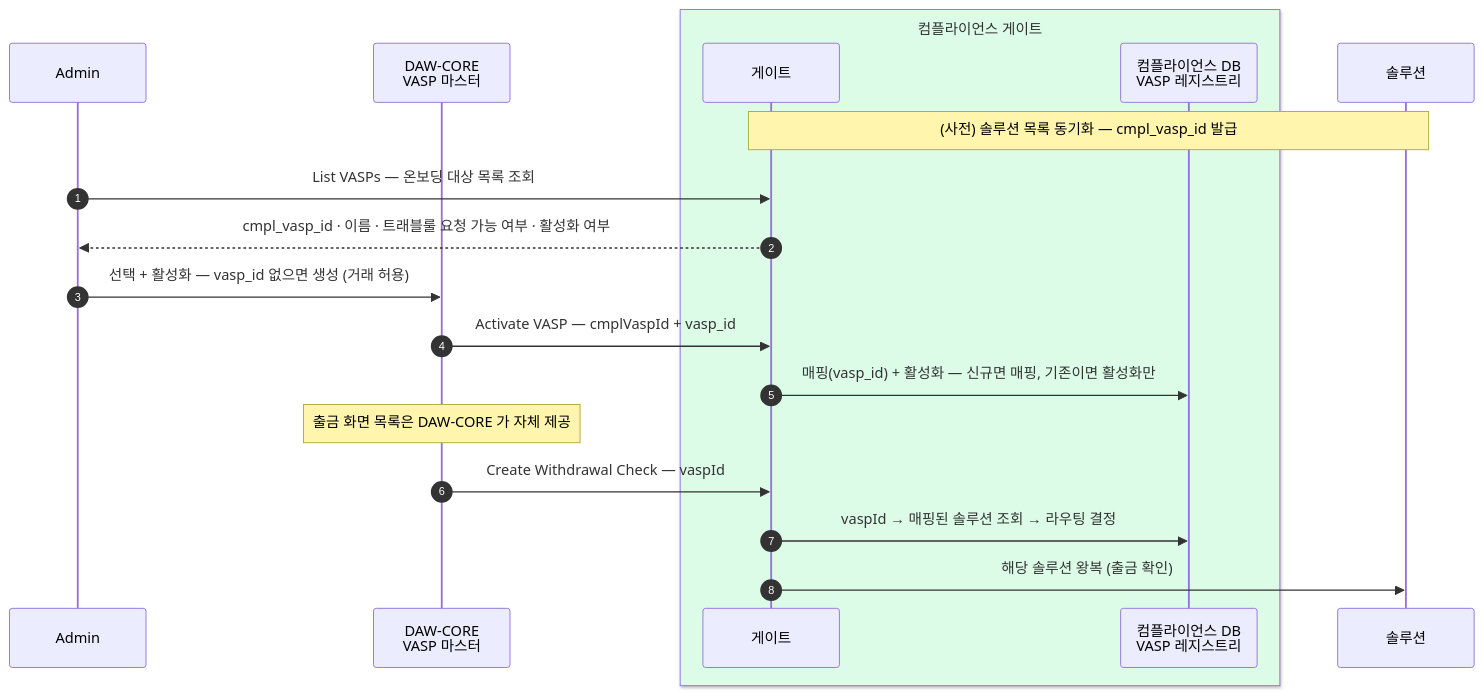
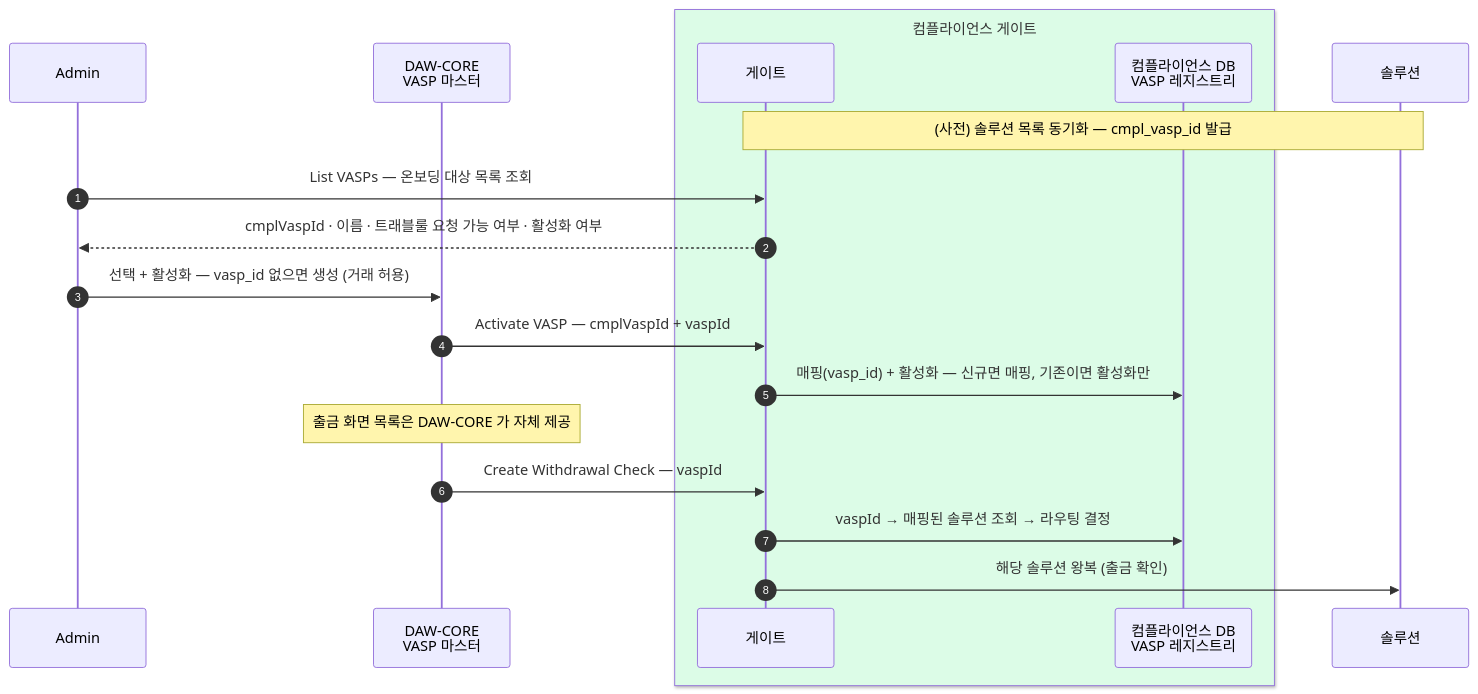
One commit to eunsujeo/eunpus changed the third of 3 diagrams in blockchain-manager/docs/BC/설계/04-compliance-flow.md. Above: the diagram before and after it, drawn with Mermaid. The commit also changed other lines of this file, not shown here.

Commit message:
컴플라이언스 게이트 흐름 리뷰 — 디렉토리 제거·VASP id camelCase 통일
- 솔루션 목록 동기화에서 금지어 디렉토리 제거
- VASP 온보딩 시퀀스 API 필드 casing 통일: cmpl_vasp_id → cmplVaspId, vasp_id → vaspId (DB/내부는 snake 유지)

````diff
--- a/blockchain-manager/docs/BC/설계/04-compliance-flow.md
+++ b/blockchain-manager/docs/BC/설계/04-compliance-flow.md
@@ -127,22 +127,22 @@
 ```mermaid
 sequenceDiagram
     autonumber
     participant ADM as Admin
     participant WB as DAW-CORE<br/>VASP 마스터
     box rgb(220,252,231) 컴플라이언스 게이트
     participant CP as 게이트
     participant CDB as 컴플라이언스 DB<br/>VASP 레지스트리
     end
     participant SOL as 솔루션
 
     Note over CP,SOL: (사전) 솔루션 목록 동기화 — cmpl_vasp_id 발급
     ADM->>CP: List VASPs — 온보딩 대상 목록 조회
-    CP-->>ADM: cmpl_vasp_id · 이름 · 트래블룰 요청 가능 여부 · 활성화 여부
+    CP-->>ADM: cmplVaspId · 이름 · 트래블룰 요청 가능 여부 · 활성화 여부
     ADM->>WB: 선택 + 활성화 — vasp_id 없으면 생성 (거래 허용)
-    WB->>CP: Activate VASP — cmplVaspId + vasp_id
+    WB->>CP: Activate VASP — cmplVaspId + vaspId
     CP->>CDB: 매핑(vasp_id) + 활성화 — 신규면 매핑, 기존이면 활성화만
     Note over WB: 출금 화면 목록은 DAW-CORE 가 자체 제공
     WB->>CP: Create Withdrawal Check — vaspId
     CP->>CDB: vaspId → 매핑된 솔루션 조회 → 라우팅 결정
     CP->>SOL: 해당 솔루션 왕복 (출금 확인)
 ```
````
